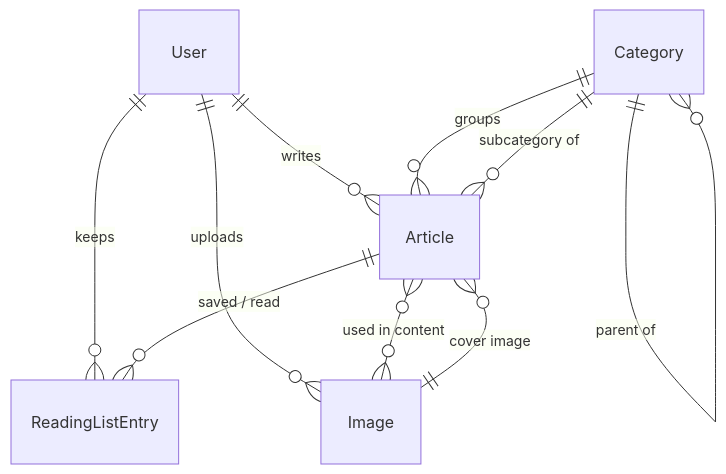
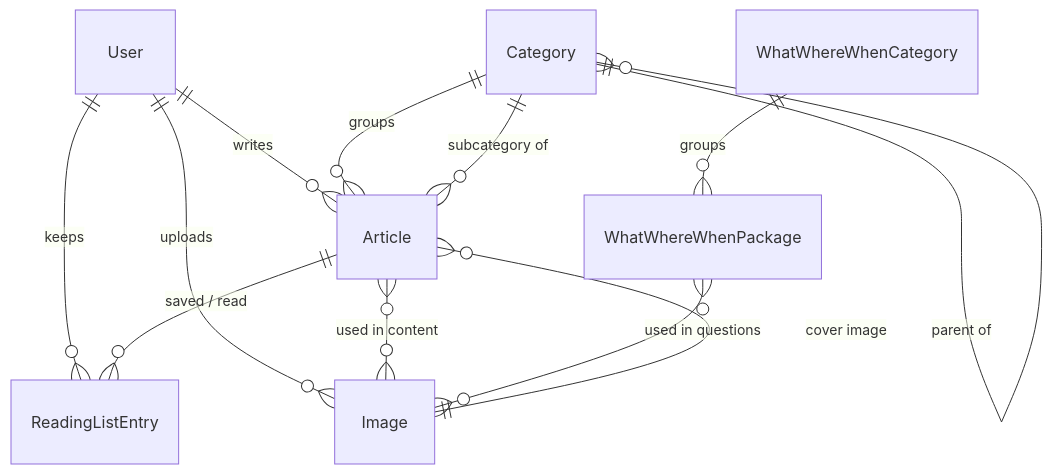
The second of 2 diagrams in PROJECT_CONTEXT.md (MishaK1205/epoch-back), drawn with Mermaid before and after one commit. The commit also changed other lines of this file and 33 other files, not shown here.

````diff
--- a/PROJECT_CONTEXT.md
+++ b/PROJECT_CONTEXT.md
@@ -204,12 +247,14 @@
 ```mermaid
 erDiagram
   User ||--o{ ReadingListEntry : keeps
   Article ||--o{ ReadingListEntry : "saved / read"
   User ||--o{ Article : writes
   User ||--o{ Image : uploads
   Category ||--o{ Article : groups
   Category ||--o{ Category : "parent of"
   Category ||--o{ Article : "subcategory of"
   Image ||--o{ Article : "cover image"
   Article }o--o{ Image : "used in content"
+  WhatWhereWhenPackage }o--o{ Image : "used in questions"
+  WhatWhereWhenCategory ||--o{ WhatWhereWhenPackage : groups
 ```
````
